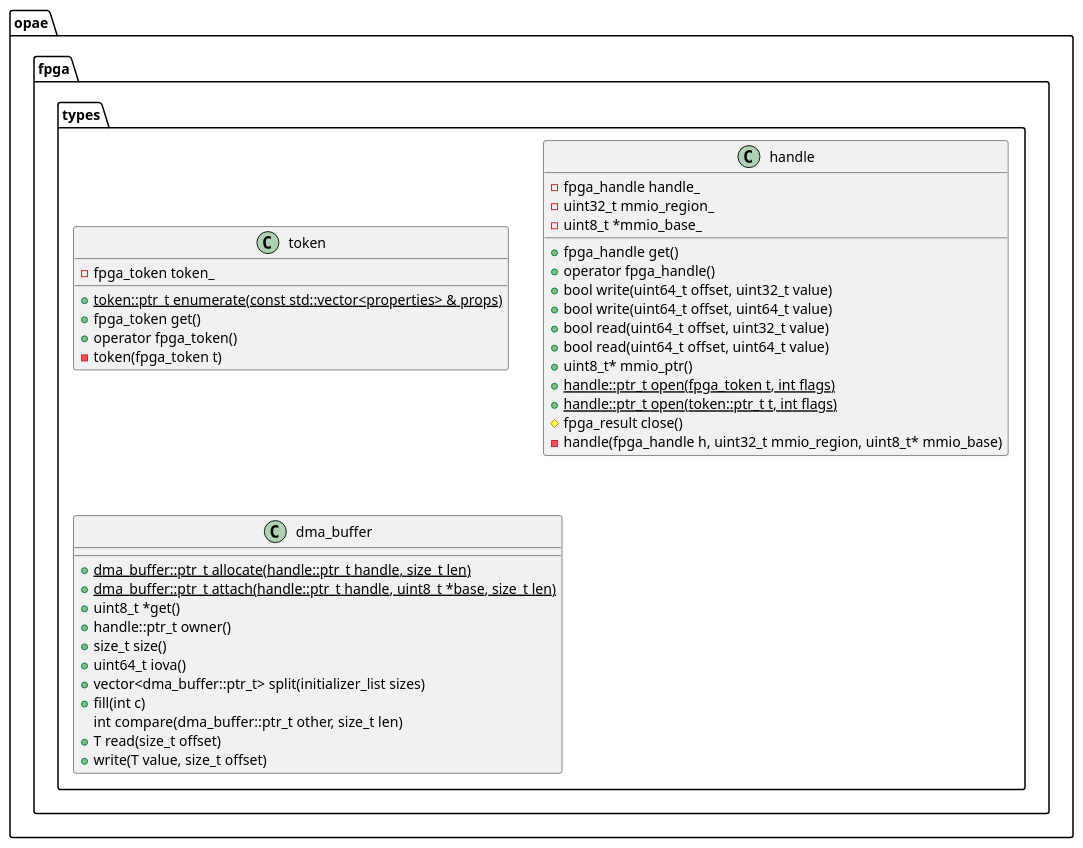
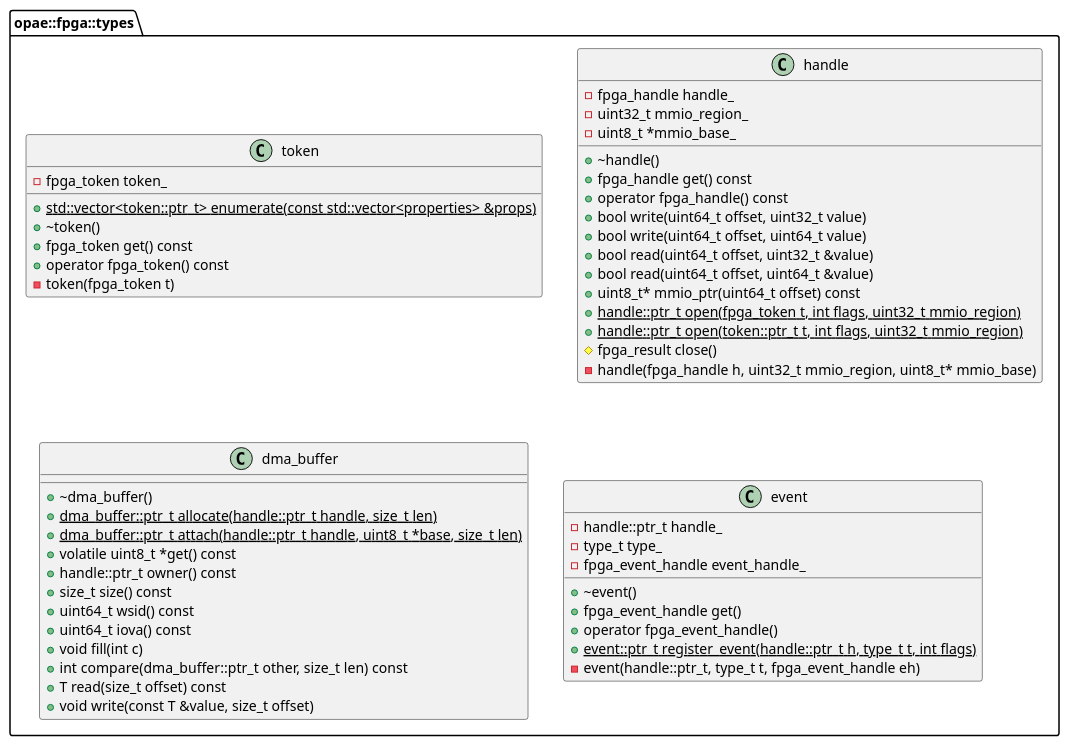
The second of 4 diagrams in doc/opae-c++/opaecxx.md (OFS/opae-sdk), drawn with PlantUML before and after one commit. The commit also changed other lines of this file, not shown here.

````diff
--- a/doc/opae-c++/opaecxx.md
+++ b/doc/opae-c++/opaecxx.md
@@ -98,48 +128,60 @@
 ```plantuml
 @startuml
-namespace opae.fpga.types {
+namespace opae::fpga::types {
 
     class token {
-        +{static} token::ptr_t enumerate(const std::vector<properties> & props)
-        +fpga_token get()
-        +operator fpga_token()
+        +{static} std::vector<token::ptr_t> enumerate(const std::vector<properties> &props)
+        +~token()
+        +fpga_token get() const
+        +operator fpga_token() const
         -token(fpga_token t)
         -fpga_token token_
     }
     
     class handle {
-        +fpga_handle get()
-        +operator fpga_handle()
+        +~handle()
+        +fpga_handle get() const
+        +operator fpga_handle() const
         +bool write(uint64_t offset, uint32_t value)
         +bool write(uint64_t offset, uint64_t value)
-        +bool read(uint64_t offset, uint32_t value)
-        +bool read(uint64_t offset, uint64_t value)
-        +uint8_t* mmio_ptr()
-        +{static} handle::ptr_t open(fpga_token t, int flags)
-        +{static} handle::ptr_t open(token::ptr_t t, int flags)
+        +bool read(uint64_t offset, uint32_t &value)
+        +bool read(uint64_t offset, uint64_t &value)
+        +uint8_t* mmio_ptr(uint64_t offset) const
+        +{static} handle::ptr_t open(fpga_token t, int flags, uint32_t mmio_region)
+        +{static} handle::ptr_t open(token::ptr_t t, int flags, uint32_t mmio_region)
         #fpga_result close()
         -handle(fpga_handle h, uint32_t mmio_region, uint8_t* mmio_base)
         -fpga_handle handle_
         -uint32_t mmio_region_
         -uint8_t *mmio_base_
     }
 
     class dma_buffer {
+        +~dma_buffer()
         +{static}dma_buffer::ptr_t allocate(handle::ptr_t handle, size_t len)
         +{static}dma_buffer::ptr_t attach(handle::ptr_t handle, uint8_t *base, size_t len)
-        +uint8_t *get()
-        +handle::ptr_t owner()
-        +size_t size()
-        +uint64_t iova()
-        +vector<dma_buffer::ptr_t> split(initializer_list sizes)
-        +fill(int c)
-        int compare(dma_buffer::ptr_t other, size_t len)
-        +T read(size_t offset)
-        +write(T value, size_t offset)
+        +volatile uint8_t *get() const
+        +handle::ptr_t owner() const
+        +size_t size() const
+        +uint64_t wsid() const
+        +uint64_t iova() const
+        +void fill(int c)
+        +int compare(dma_buffer::ptr_t other, size_t len) const
+        +T read(size_t offset) const
+        +void write(const T &value, size_t offset)
     }
 
+    class event {
+        -handle::ptr_t handle_
+        -type_t type_
+        -fpga_event_handle event_handle_
+        +~event()
+        +fpga_event_handle get()
+        +operator fpga_event_handle()
+        +{static}event::ptr_t register_event(handle::ptr_t h, type_t t, int flags)
+        -event(handle::ptr_t, type_t t, fpga_event_handle eh)
+    }
 
 }
-
 @enduml
 ```
````
